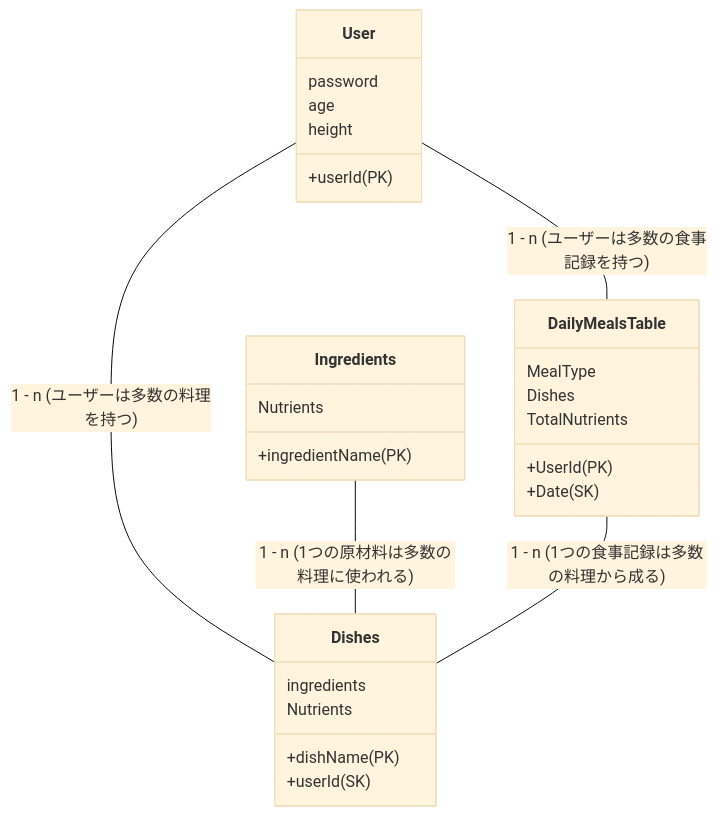
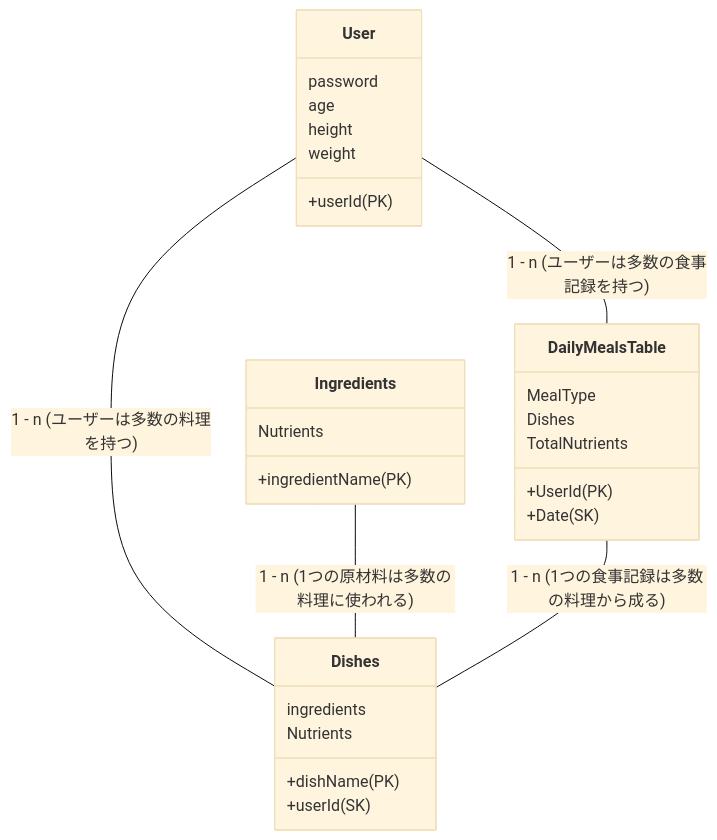
The diagram in README.md (taichi-126/mti-inter), drawn with Mermaid (base theme) before and after one commit.

````diff
--- a/README.md
+++ b/README.md
@@ -7,35 +7,36 @@
 ```mermaid
 classDiagram
     User -- DailyMealsTable : 1 - n (ユーザーは多数の食事記録を持つ)
     User -- Dishes : 1 - n (ユーザーは多数の料理を持つ)
     Ingredients -- Dishes : 1 - n (1つの原材料は多数の料理に使われる)
     DailyMealsTable -- Dishes : 1 - n (1つの食事記録は多数の料理から成る)
 
     class User {
         +userId (PK)
         password
         age
         height
+　　　　　　　　　　　　　　　　weight
     }
 
     class Dishes {
         +dishName (PK)
         +userId (SK)
         ingredients
         Nutrients
     }
 
     class DailyMealsTable {
         +UserId (PK)
         +Date (SK)
         MealType
         Dishes
         TotalNutrients
     }
 
     class Ingredients {
         +ingredientName (PK)
         Nutrients
     }
 
 ```
````
